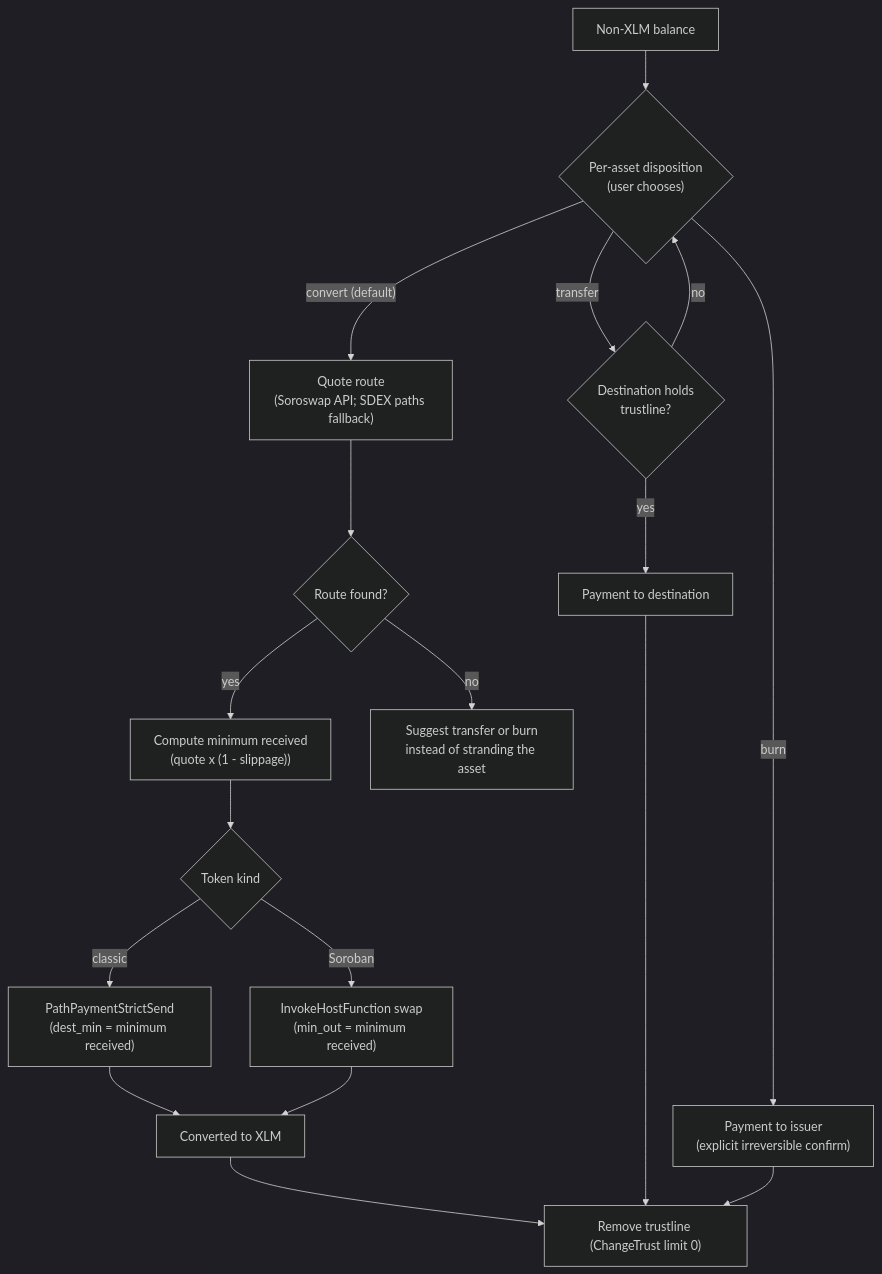
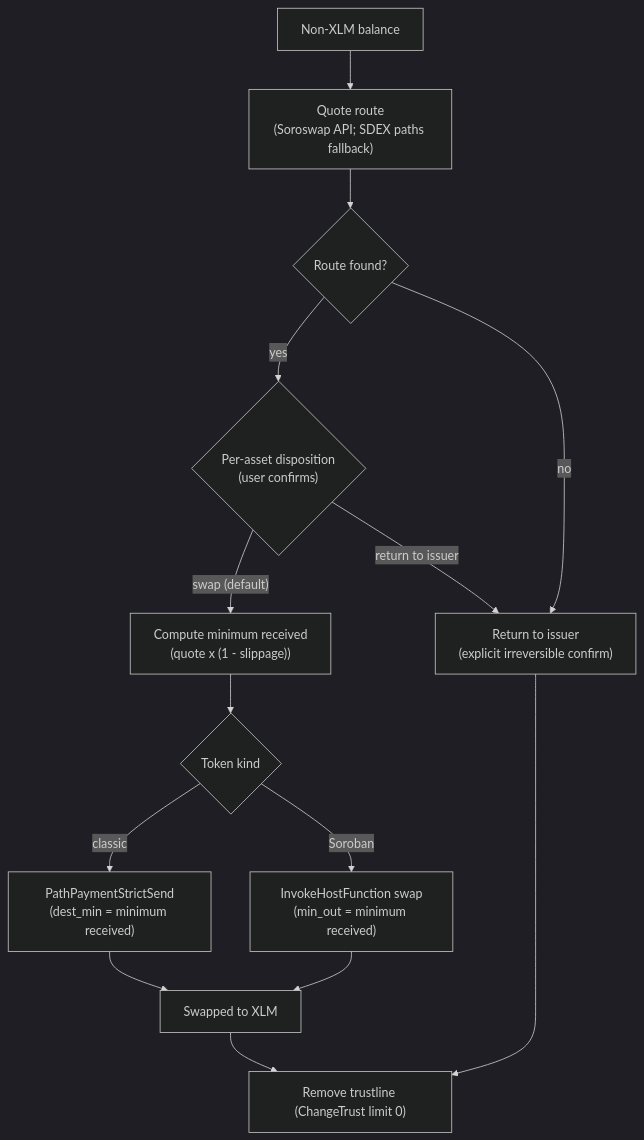
One commit to OscarGauss/lumenwipe changed the eighth of 9 diagrams in docs/architecture.md. Above: the diagram before and after it, drawn with Mermaid (dark theme). The commit also changed other lines of this file and 31 other files, not shown here.

First line of the commit message:
feat: single tx flow redesign (#23)

````diff
--- a/docs/architecture.md
+++ b/docs/architecture.md
@@ -455,20 +456,16 @@
 ```mermaid
 flowchart TD
-    asset["Non-XLM balance"] --> disp{"Per-asset disposition<br/>(user chooses)"}
-    disp -->|"transfer"| tl{"Destination holds<br/>trustline?"}
-    tl -->|"yes"| xfer["Payment to destination"]
-    tl -->|"no"| disp
-    disp -->|"burn"| burn["Payment to issuer<br/>(explicit irreversible confirm)"]
-    disp -->|"convert (default)"| q["Quote route<br/>(Soroswap API; SDEX paths fallback)"]
+    asset["Non-XLM balance"] --> q["Quote route<br/>(Soroswap API; SDEX paths fallback)"]
     q --> hasroute{"Route found?"}
-    hasroute -->|"yes"| minrecv["Compute minimum received<br/>(quote x (1 - slippage))"]
+    hasroute -->|"yes"| disp{"Per-asset disposition<br/>(user confirms)"}
+    disp -->|"swap (default)"| minrecv["Compute minimum received<br/>(quote x (1 - slippage))"]
     minrecv --> kind{"Token kind"}
     kind -->|"classic"| pp["PathPaymentStrictSend<br/>(dest_min = minimum received)"]
     kind -->|"Soroban"| inv["InvokeHostFunction swap<br/>(min_out = minimum received)"]
-    pp --> conv["Converted to XLM"]
+    pp --> conv["Swapped to XLM"]
     inv --> conv
-    hasroute -->|"no"| opt["Suggest transfer or burn<br/>instead of stranding the asset"]
+    hasroute -->|"no"| issuer["Return to issuer<br/>(explicit irreversible confirm)"]
+    disp -->|"return to issuer"| issuer
     conv --> rm["Remove trustline (ChangeTrust limit 0)"]
-    xfer --> rm
-    burn --> rm
+    issuer --> rm
 ```
````
